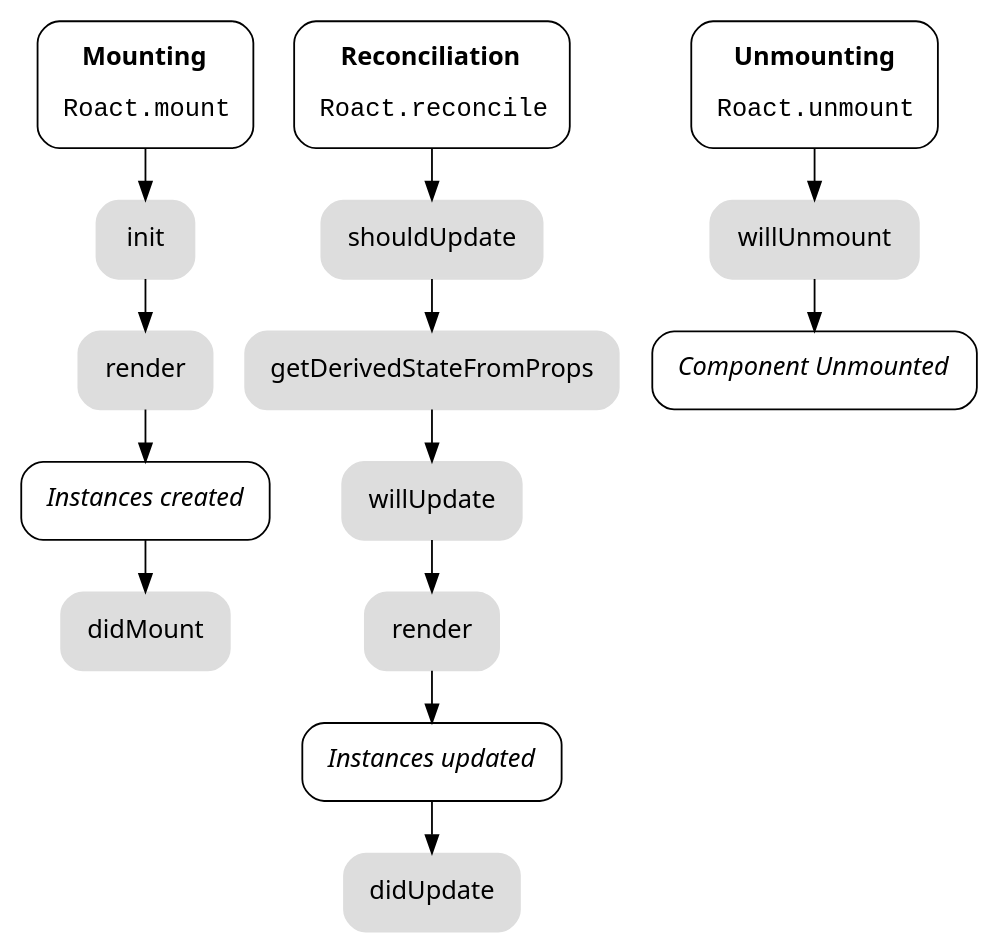
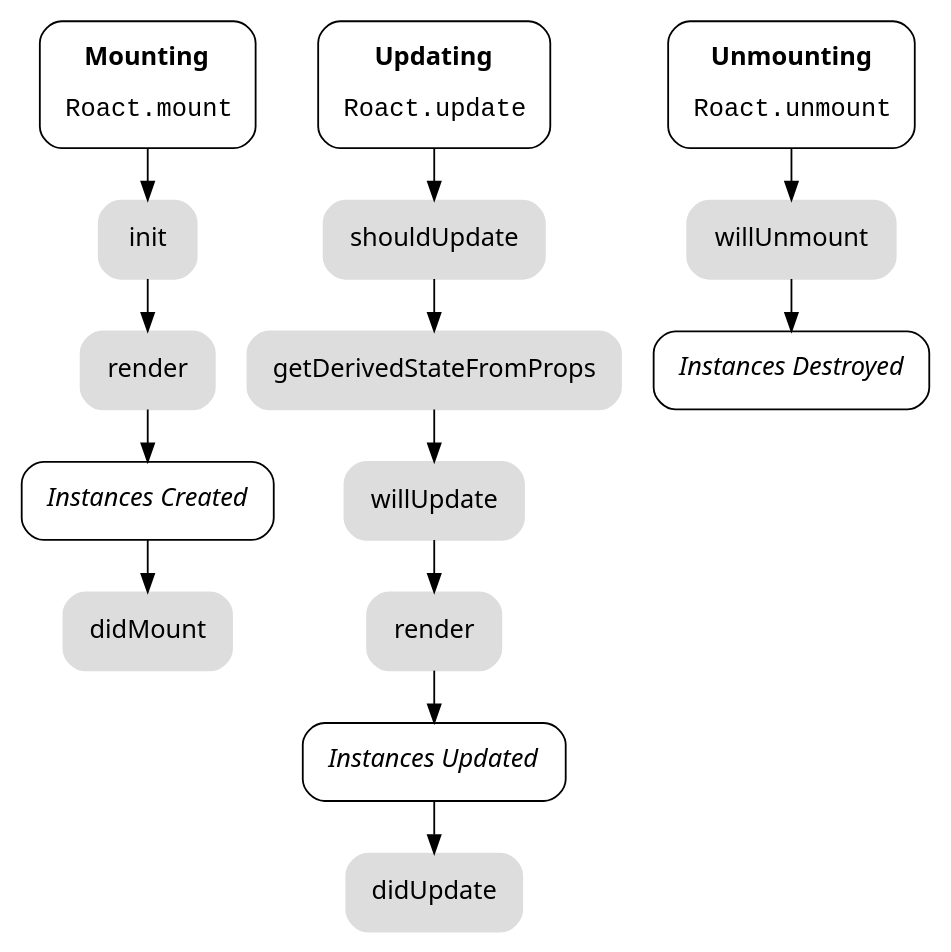
One commit to Roblox/roact changed the diagram in docs/images/lifecycle.gv. Above: the diagram before and after it, drawn with Graphviz. The commit also changed 1 other file, not shown here.

Commit message:
Update lifecycle diagram

```diff
--- a/docs/images/lifecycle.gv
+++ b/docs/images/lifecycle.gv
@@ -1,37 +1,37 @@
 digraph G {
 	ranksep="0.4";
 	node [
 		shape="box",
 		style="rounded,filled",
 		color="#dddddd",
 		fontname="Segoe UI",
 		margin="0.2",
 	];
 	edge [
 	];
 
 	render1 [label="render"];
-	created [style="rounded", color="#000000", label=<<i>Instances created</i>>];
+	created [style="rounded", color="#000000", label=<<i>Instances Created</i>>];
 	mount [style="rounded", color="#000000", label=<
 		<b>Mounting</b>
 		<br /><br />
 		<font face="monospace">Roact.mount</font>
 	>];
 	mount -> init -> render1 -> created -> didMount;
 
-	updated [style="rounded", color="#000000", label=<<i>Instances updated</i>>];
-	reconcile [style="rounded", color="#000000", label=<
-		<b>Reconciliation</b>
+	updated [style="rounded", color="#000000", label=<<i>Instances Updated</i>>];
+	update [style="rounded", color="#000000", label=<
+		<b>Updating</b>
 		<br /><br />
-		<font face="monospace">Roact.reconcile</font>
+		<font face="monospace">Roact.update</font>
 	>];
-	reconcile -> shouldUpdate -> getDerivedStateFromProps -> willUpdate -> render -> updated -> didUpdate;
+	update -> shouldUpdate -> getDerivedStateFromProps -> willUpdate -> render -> updated -> didUpdate;
 
-	unmounted [style="rounded", color="#000000", label=<<i>Component Unmounted</i>>];
+	unmounted [style="rounded", color="#000000", label=<<i>Instances Destroyed</i>>];
 	unmount [style="rounded", color="#000000", label=<
 		<b>Unmounting</b>
 		<br /><br />
 		<font face="monospace">Roact.unmount</font>
 	>];
 	unmount -> willUnmount -> unmounted;
 }
```
